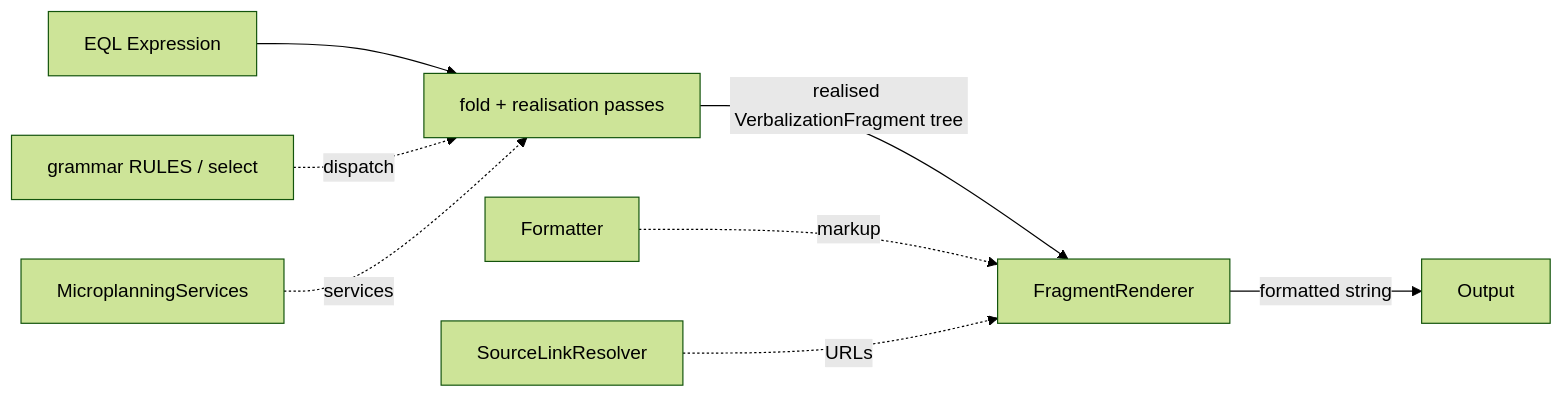
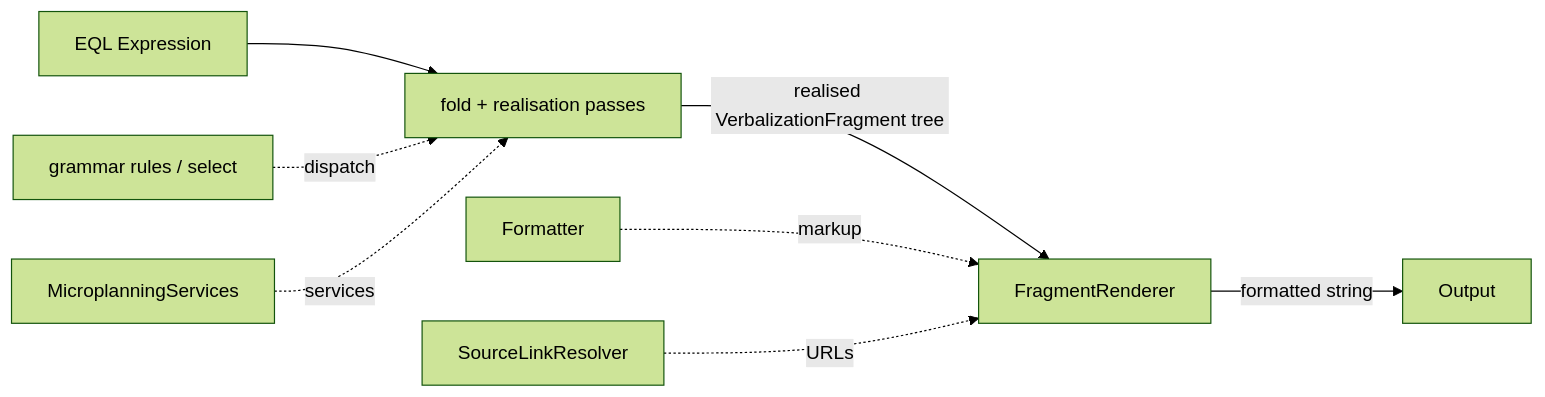
The first of 2 diagrams in krrood/doc/eql/developer/verbalization.md (AbdelrhmanBassiouny/cognitive_robot_abstract_machine), drawn with Mermaid (forest theme) before and after one commit. The commit also changed other lines of this file and 51 other files, not shown here.

````diff
--- a/krrood/doc/eql/developer/verbalization.md
+++ b/krrood/doc/eql/developer/verbalization.md
@@ -98,10 +98,10 @@
 ```{mermaid}
 graph LR
     A[EQL Expression] --> B[fold + realisation passes]
     B -- realised VerbalizationFragment tree --> C[FragmentRenderer]
     C -- formatted string --> D[Output]
-    E[grammar RULES / select] -. dispatch .-> B
+    E[grammar rules / select] -. dispatch .-> B
     F[MicroplanningServices] -. services .-> B
     G[Formatter] -. markup .-> C
     H[SourceLinkResolver] -. URLs .-> C
 ```
````
